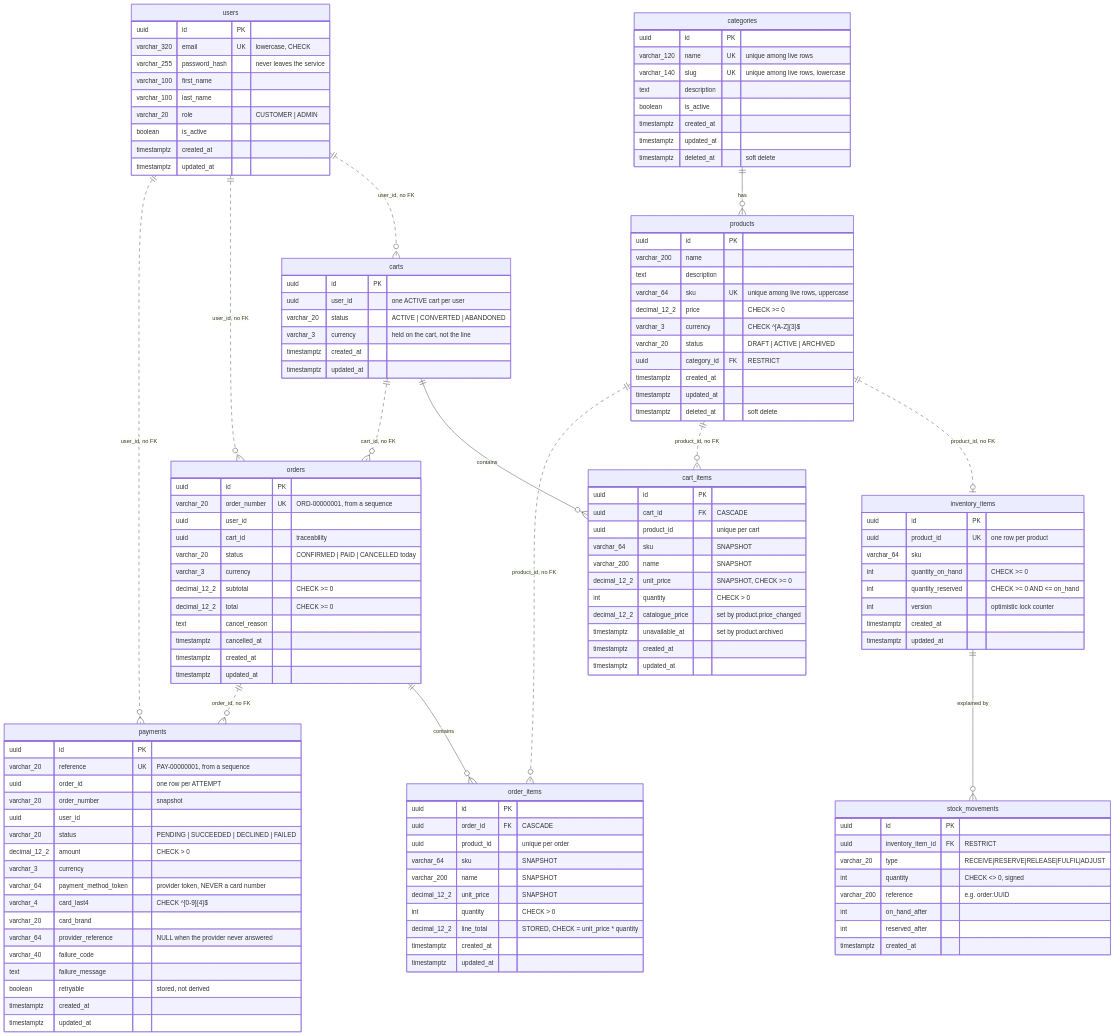
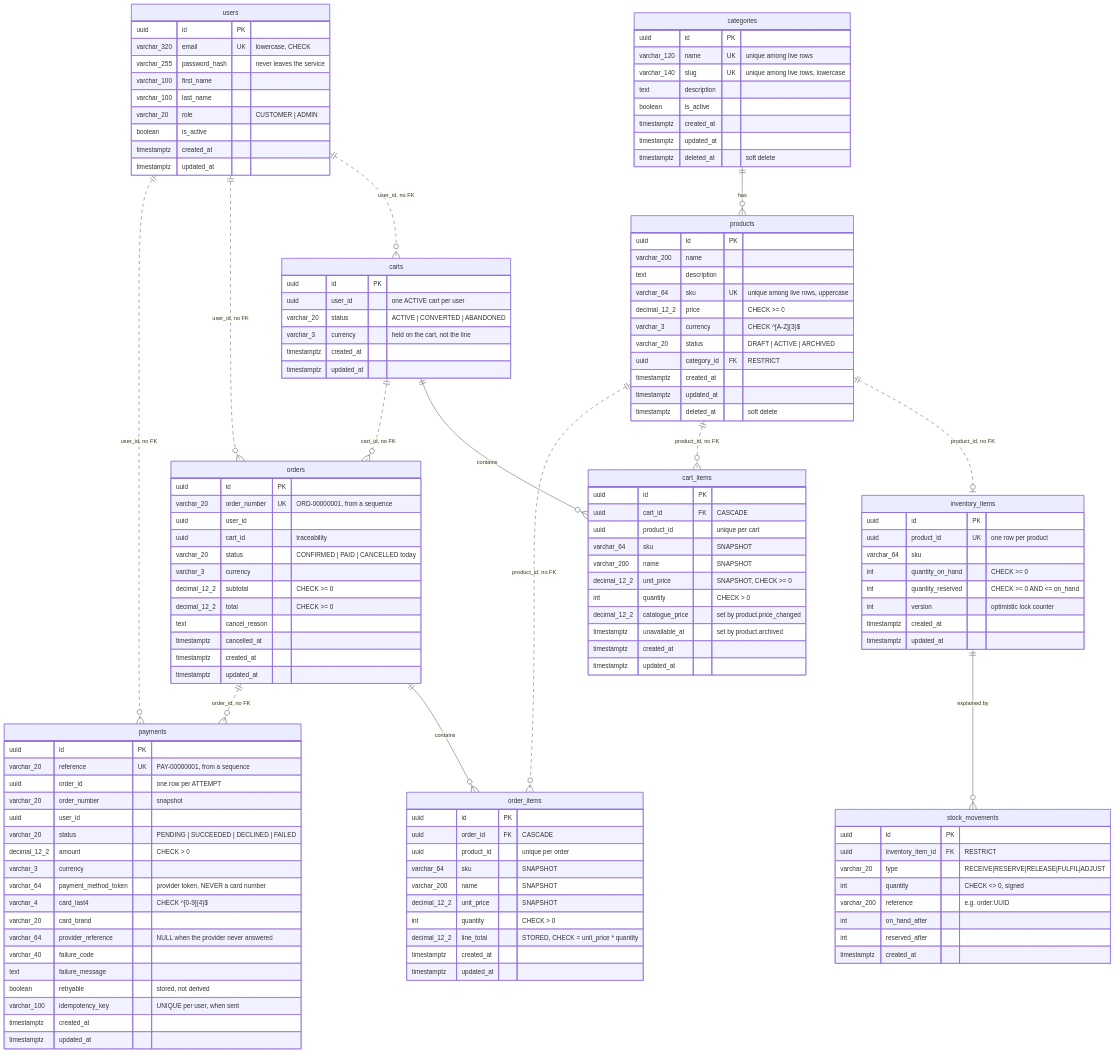
Before and after one commit to Rashid75/nestjs-ecommerce-microservices: the diagram in docs/SCHEMA.md, drawn with Mermaid. The commit also changed other lines of this file and 14 other files, not shown here.

```diff
--- a/docs/SCHEMA.md
+++ b/docs/SCHEMA.md
@@ -152,6 +152,7 @@
         varchar_40 failure_code
         text failure_message
         boolean retryable "stored, not derived"
+        varchar_100 idempotency_key "UNIQUE per user, when sent"
         timestamptz created_at
         timestamptz updated_at
     }
```
